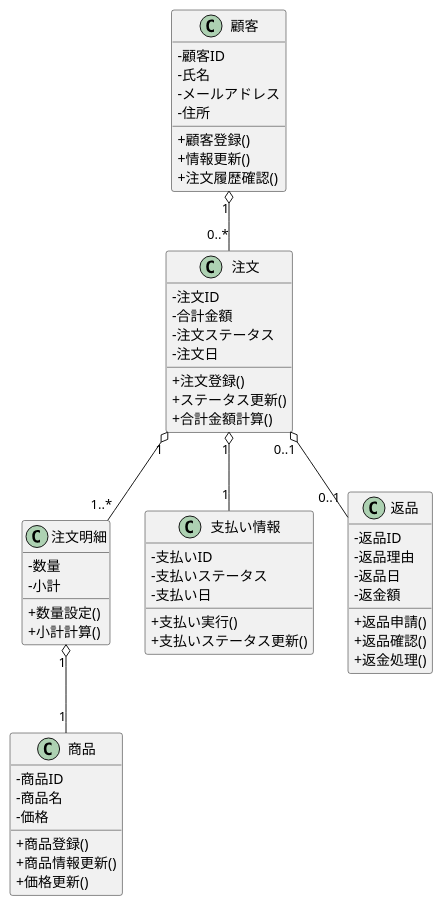
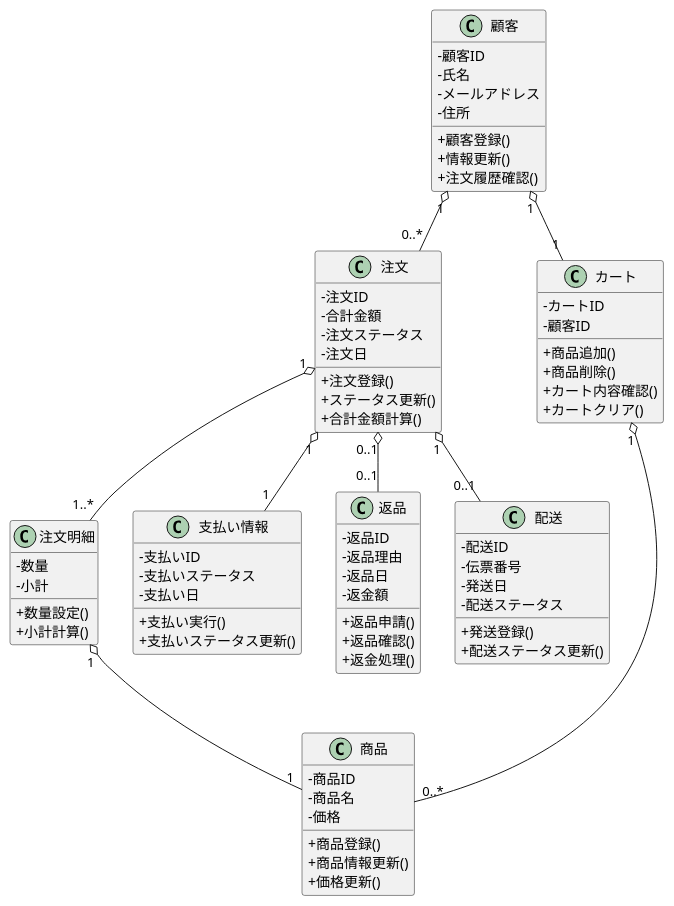
Before and after one commit to sugimoto0804/o-hara_uml: the diagram in group/bb_shop/BBclass.pu, drawn with PlantUML. The commit also changed 3 other files, not shown here.

```diff
--- a/group/bb_shop/BBclass.pu
+++ b/group/bb_shop/BBclass.pu
@@ -1,71 +1,93 @@
-@startuml BB_Shop
+@startuml
 skinparam classAttributeIconSize 0
 
 ' 顧客クラス
 class 顧客 {
   - 顧客ID
   - 氏名
   - メールアドレス
   - 住所
   + 顧客登録()
   + 情報更新()
   + 注文履歴確認()
 }
 
 ' 商品クラス
 class 商品 {
   - 商品ID
   - 商品名
   - 価格
   + 商品登録()
   + 商品情報更新()
   + 価格更新()
 }
 
 ' 注文明細クラス
 class 注文明細 {
   - 数量
   - 小計
   + 数量設定()
   + 小計計算()
 }
 
 ' 注文クラス
 class 注文 {
   - 注文ID
   - 合計金額
   - 注文ステータス
   - 注文日
   + 注文登録()
   + ステータス更新()
   + 合計金額計算()
 }
 
 ' 支払い情報クラス
 class 支払い情報 {
   - 支払いID
   - 支払いステータス
   - 支払い日
   + 支払い実行()
   + 支払いステータス更新()
 }
 
 ' 返品クラス
 class 返品 {
   - 返品ID
   - 返品理由
   - 返品日
   - 返金額
   + 返品申請()
   + 返品確認()
   + 返金処理()
 }
 
+' 配送クラス
+class 配送 {
+  - 配送ID
+  - 伝票番号
+  - 発送日
+  - 配送ステータス
+  + 発送登録()
+  + 配送ステータス更新()
+}
+
+class カート {
+  -カートID
+  -顧客ID
+  +商品追加()
+  +商品削除()
+  +カート内容確認()
+  +カートクリア()
+}
+
 ' 関係
 顧客 "1" o-- "0..*" 注文
+顧客 "1" o-- "1" カート
+カート "1" o-- "0..*" 商品
 注文 "1" o-- "1..*" 注文明細
 注文明細 "1" o-- "1" 商品
 注文 "1" o-- "1" 支払い情報
 注文 "0..1" o-- "0..1" 返品
+注文 "1" o-- "0..1" 配送
 
 @enduml
```
